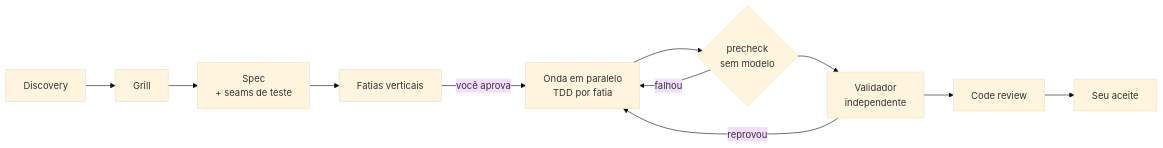
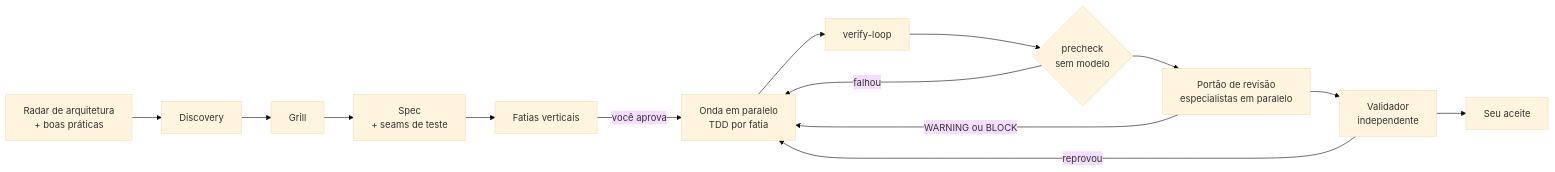
One commit to NowItMakesSense/aisef changed the second of 2 diagrams in README.pt-BR.md. Above: the diagram before and after it, drawn with Mermaid (base theme). The commit also changed other lines of this file and 4 other files, not shown here.

````diff
--- a/README.pt-BR.md
+++ b/README.pt-BR.md
@@ -65,13 +138,16 @@
 ```mermaid
 flowchart LR
-  DS[Discovery] --> GR[Grill]
+  RD[Radar de arquitetura<br/>+ boas práticas] --> DS[Discovery]
+  DS --> GR[Grill]
   GR --> SP[Spec<br/>+ seams de teste]
   SP --> FT[Fatias verticais]
   FT -->|você aprova| ON[Onda em paralelo<br/>TDD por fatia]
-  ON --> PC{precheck<br/>sem modelo}
+  ON --> VL[verify-loop]
+  VL --> PC{precheck<br/>sem modelo}
   PC -->|falhou| ON
-  PC --> VA[Validador<br/>independente]
+  PC --> RV[Portão de revisão<br/>especialistas em paralelo]
+  RV -->|WARNING ou BLOCK| ON
+  RV --> VA[Validador<br/>independente]
   VA -->|reprovou| ON
-  VA --> CR[Code review]
-  CR --> AC[Seu aceite]
+  VA --> AC[Seu aceite]
 ```
````
